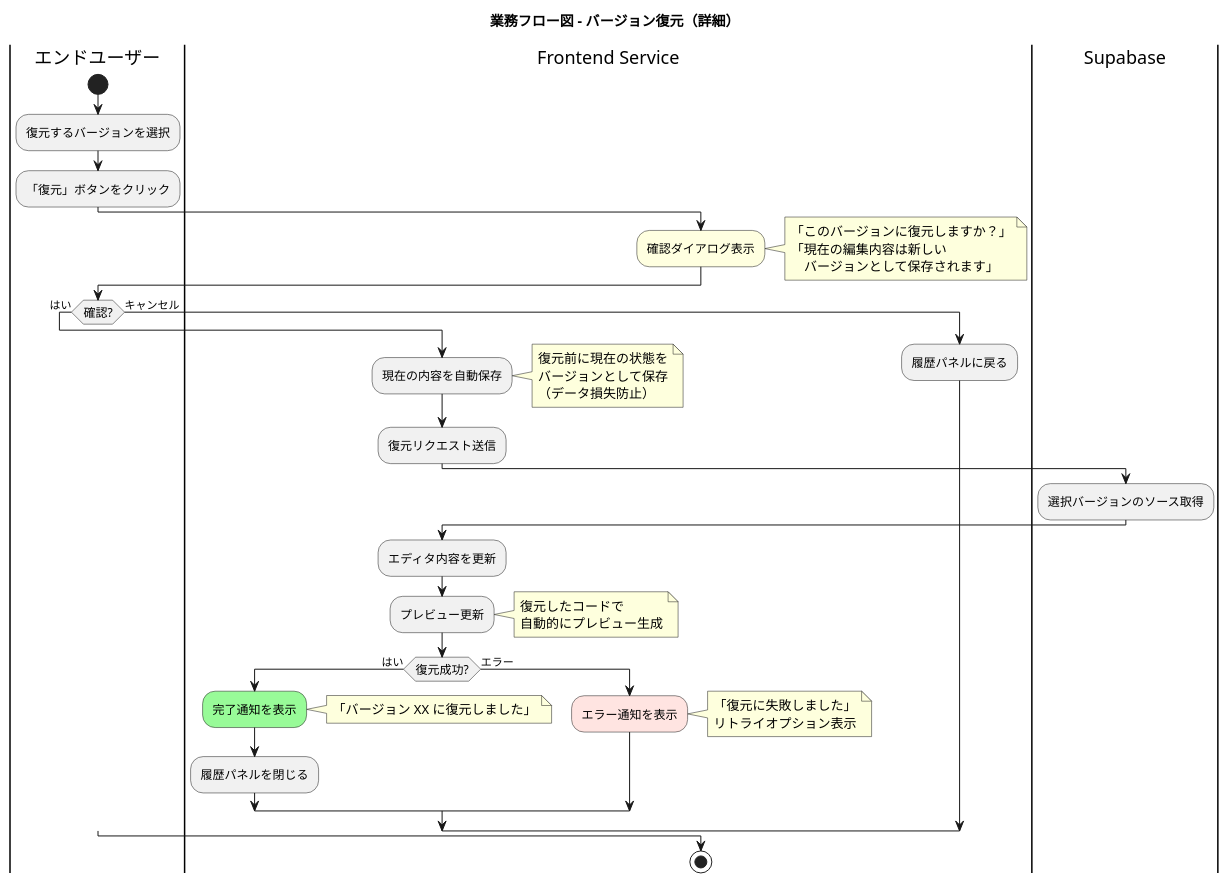
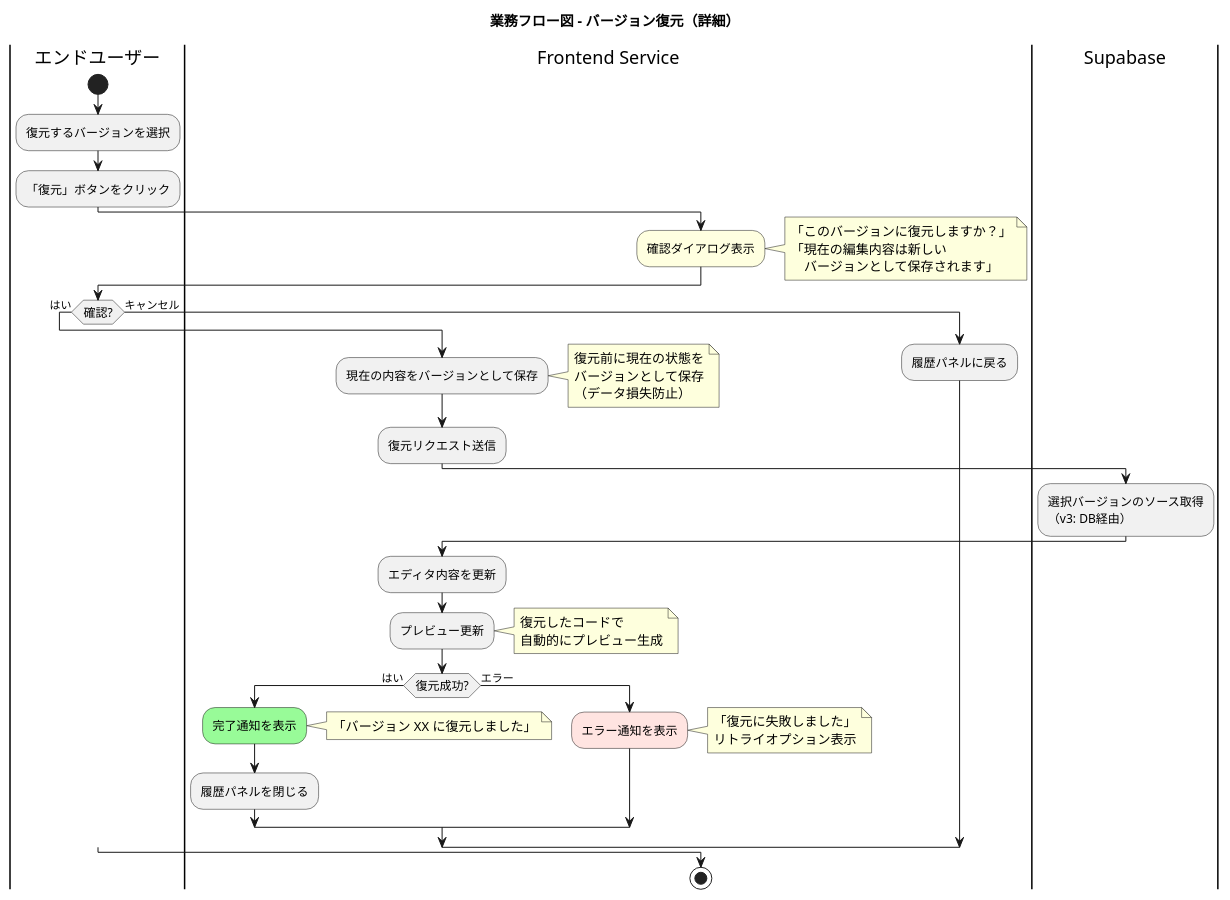
Diagram 18 of 19 in docs/proposals/PlantUML_Studio_業務フロー図_20251201.md (yoshiwo3/PlantUML2_Opus4.5), drawn with PlantUML before and after one commit. The commit also changed other lines of this file and 14 other files, not shown here.

````diff
--- a/docs/proposals/PlantUML_Studio_業務フロー図_20251201.md
+++ b/docs/proposals/PlantUML_Studio_業務フロー図_20251201.md
@@ -1658,63 +1642,63 @@
 ```plantuml
 @startuml business_flow_version_restore
 skinparam ActivityFontSize 12
 skinparam ConditionEndStyle hline
 
 title 業務フロー図 - バージョン復元（詳細）
 
 |エンドユーザー|
 start
 :復元するバージョンを選択;
 :「復元」ボタンをクリック;
 
 |Frontend Service|
 #lightyellow:確認ダイアログ表示;
 note right
   「このバージョンに復元しますか？」
   「現在の編集内容は新しい
   　バージョンとして保存されます」
 end note
 
 |エンドユーザー|
 if (確認?) then (はい)
   |Frontend Service|
-  :現在の内容を自動保存;
+  :現在の内容をバージョンとして保存;
   note right
     復元前に現在の状態を
     バージョンとして保存
     （データ損失防止）
   end note
   :復元リクエスト送信;
 
   |Supabase|
-  :選択バージョンのソース取得;
+  :選択バージョンのソース取得\n（v3: DB経由）;
 
   |Frontend Service|
   :エディタ内容を更新;
   :プレビュー更新;
   note right
     復元したコードで
     自動的にプレビュー生成
   end note
 
   if (復元成功?) then (はい)
     #palegreen:完了通知を表示;
     note right
       「バージョン XX に復元しました」
     end note
     :履歴パネルを閉じる;
   else (エラー)
     #mistyrose:エラー通知を表示;
     note right
       「復元に失敗しました」
       リトライオプション表示
     end note
   endif
 else (キャンセル)
   |Frontend Service|
   :履歴パネルに戻る;
 endif
 stop
 
 @enduml
 ```
````
